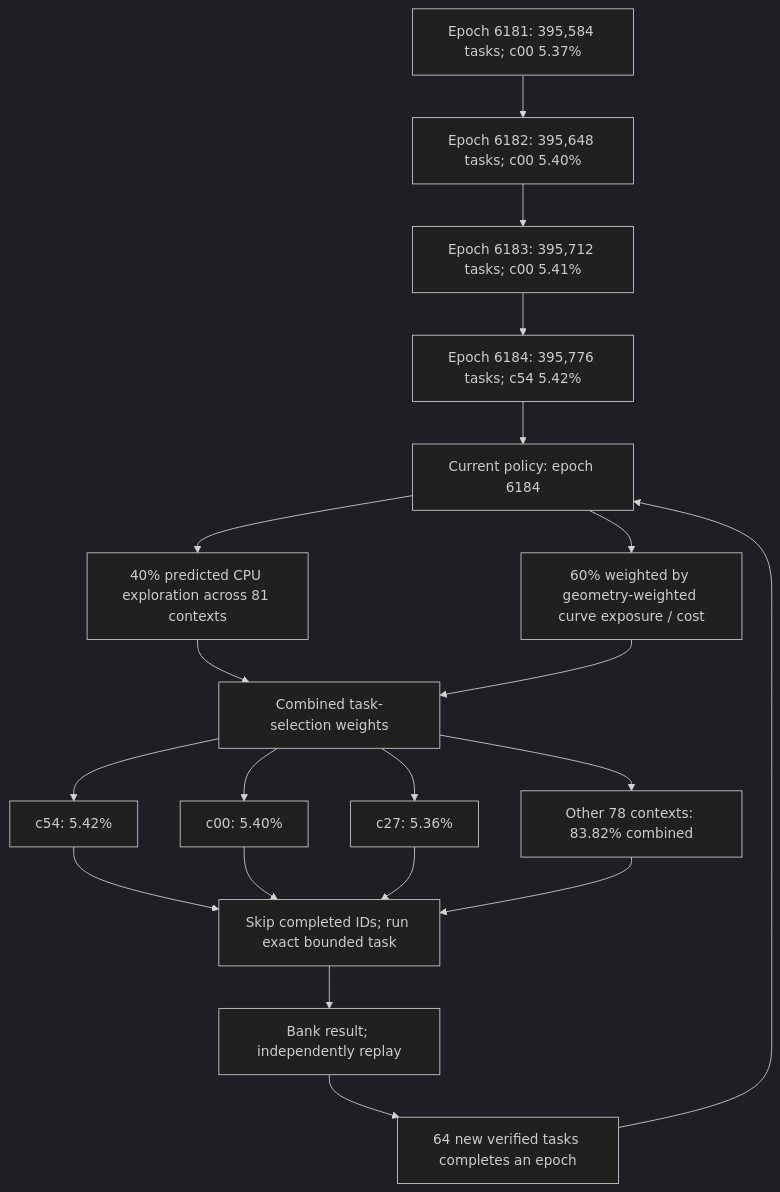
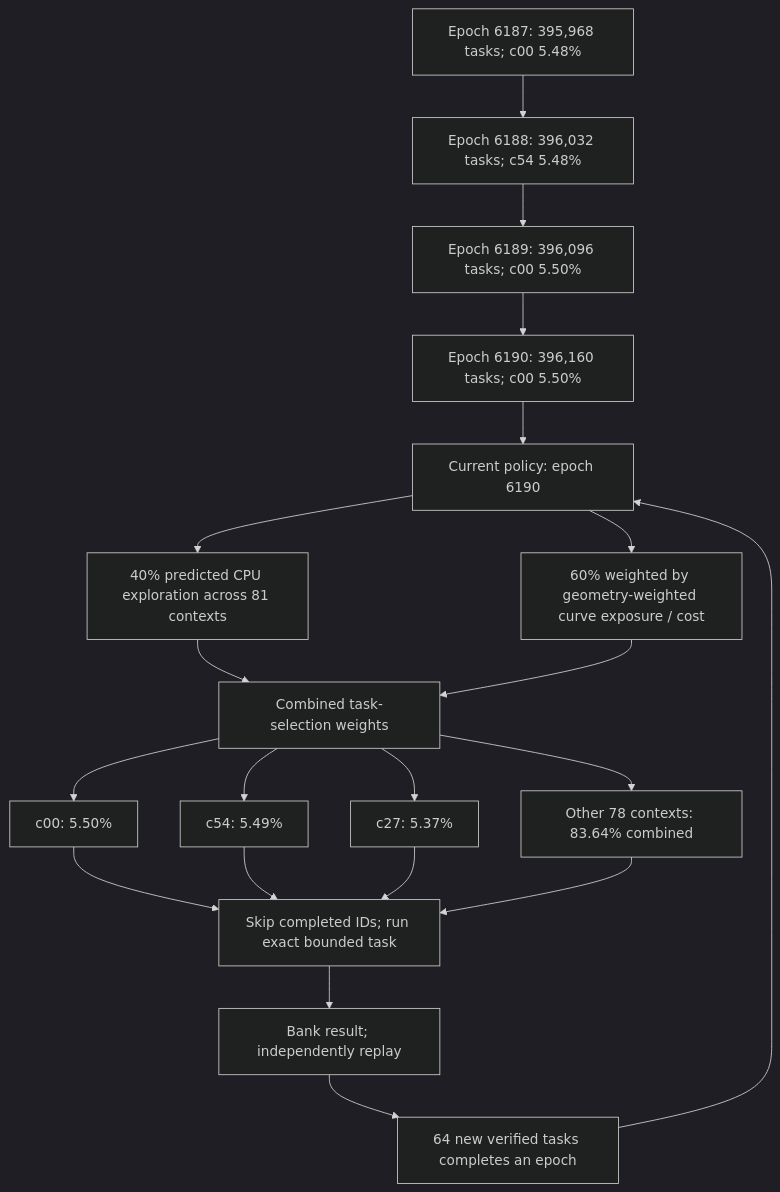
The first of 4 diagrams in README.md (Kuberwastaken/math-gambling), drawn with Mermaid (dark theme) before and after one commit. The commit also changed other lines of this file and 921 other files, not shown here.

````diff
--- a/README.md
+++ b/README.md
@@ -60,27 +60,27 @@
 ```mermaid
 flowchart TD
-    H0["Epoch 6181: 395,584 tasks; c00 5.37%"]
-    H1["Epoch 6182: 395,648 tasks; c00 5.40%"]
+    H0["Epoch 6187: 395,968 tasks; c00 5.48%"]
+    H1["Epoch 6188: 396,032 tasks; c54 5.48%"]
     H0 --> H1
-    H2["Epoch 6183: 395,712 tasks; c00 5.41%"]
+    H2["Epoch 6189: 396,096 tasks; c00 5.50%"]
     H1 --> H2
-    H3["Epoch 6184: 395,776 tasks; c54 5.42%"]
+    H3["Epoch 6190: 396,160 tasks; c00 5.50%"]
     H2 --> H3
-    Policy["Current policy: epoch 6184"]
+    Policy["Current policy: epoch 6190"]
     H3 --> Policy
     Policy --> Explore["40% predicted CPU exploration across 81 contexts"]
     Policy --> Cost["60% weighted by geometry-weighted curve exposure / cost"]
     Explore --> Mix["Combined task-selection weights"]
     Cost --> Mix
-    Mix --> C0["c54: 5.42%"]
-    Mix --> C1["c00: 5.40%"]
-    Mix --> C2["c27: 5.36%"]
-    Mix --> Rest["Other 78 contexts: 83.82% combined"]
+    Mix --> C0["c00: 5.50%"]
+    Mix --> C1["c54: 5.49%"]
+    Mix --> C2["c27: 5.37%"]
+    Mix --> Rest["Other 78 contexts: 83.64% combined"]
     C0 --> Check["Skip completed IDs; run exact bounded task"]
     C1 --> Check
     C2 --> Check
     Rest --> Check
     Check --> Replay["Bank result; independently replay"]
     Replay --> Gate["64 new verified tasks completes an epoch"]
     Gate --> Policy
 ```
````
